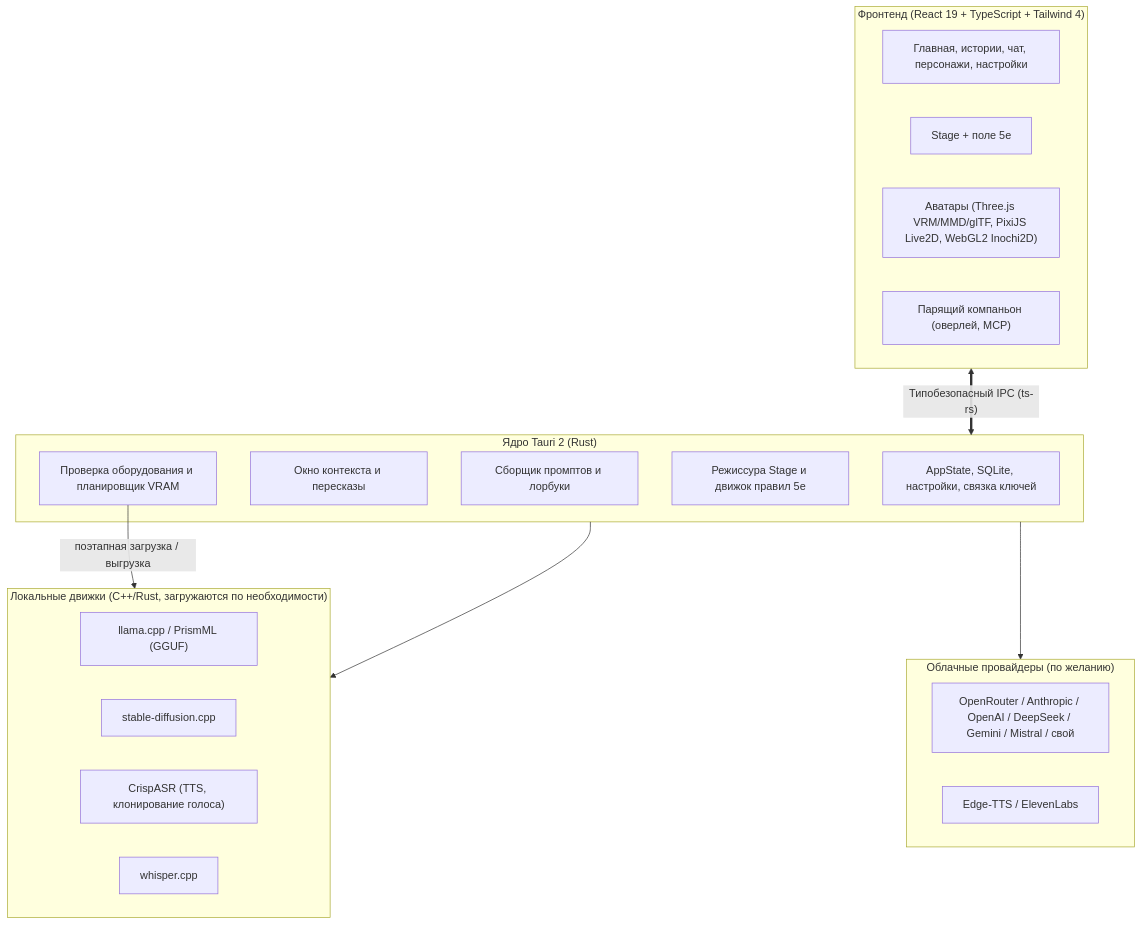
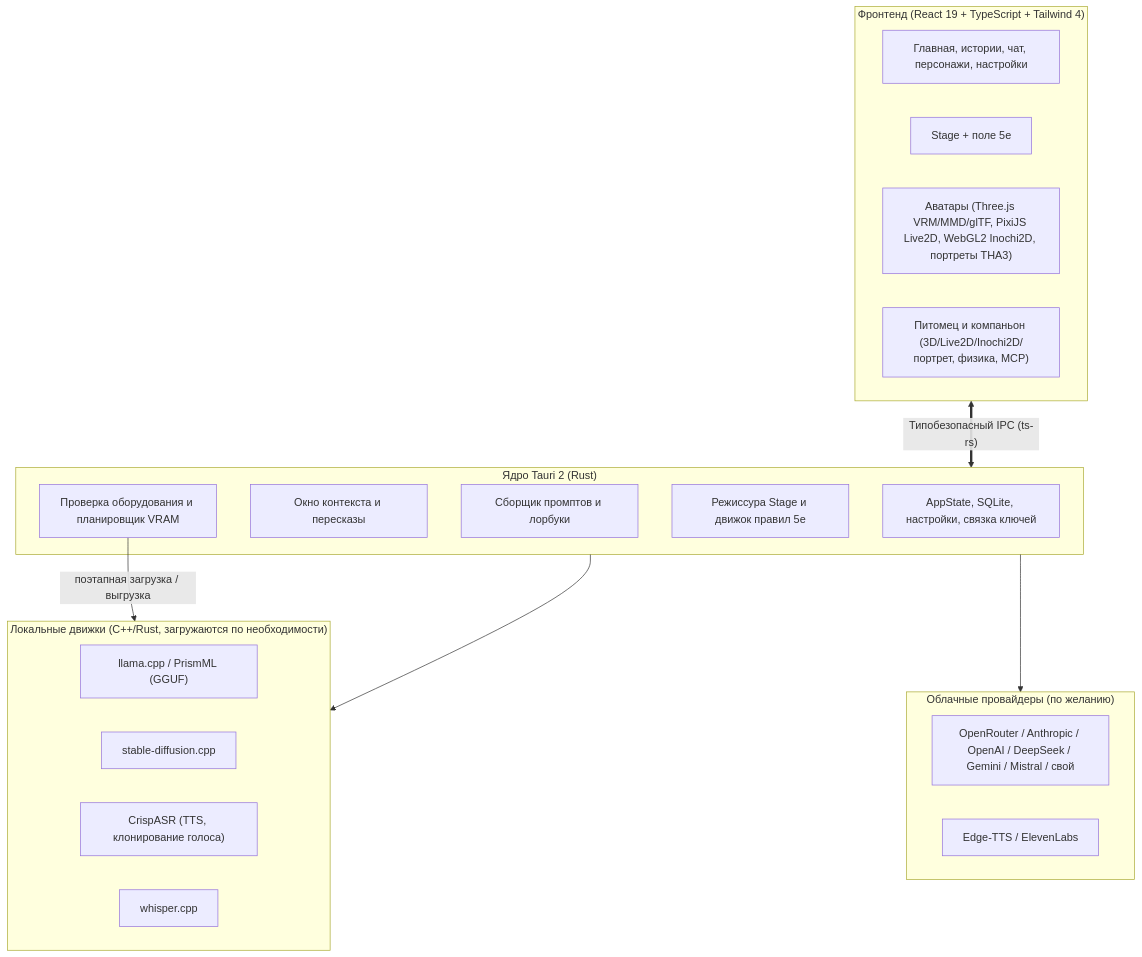
Before and after one commit to SnowwhiteOakheart/OtakuSoul: the first of 2 diagrams in README.ru.md, drawn with Mermaid. The commit also changed other lines of this file and 4 other files, not shown here.

````diff
--- a/README.ru.md
+++ b/README.ru.md
@@ -208,34 +208,34 @@
 ```mermaid
 flowchart TD
     subgraph Frontend["Фронтенд (React 19 + TypeScript + Tailwind 4)"]
         UI["Главная, истории, чат, персонажи, настройки"]
         StageUI["Stage + поле 5e"]
-        AvatarUI["Аватары (Three.js VRM/MMD/glTF, PixiJS Live2D, WebGL2 Inochi2D)"]
-        CompanionUI["Парящий компаньон (оверлей, MCP)"]
+        AvatarUI["Аватары (Three.js VRM/MMD/glTF, PixiJS Live2D, WebGL2 Inochi2D, портреты THA3)"]
+        CompanionUI["Питомец и компаньон (3D/Live2D/Inochi2D/портрет, физика, MCP)"]
     end
 
     subgraph TauriCore["Ядро Tauri 2 (Rust)"]
         State["AppState, SQLite, настройки, связка ключей"]
         ContextMgr["Окно контекста и пересказы"]
         PromptBuilder["Сборщик промптов и лорбуки"]
         Rules["Режиссура Stage и движок правил 5e"]
         HardwareSched["Проверка оборудования и планировщик VRAM"]
     end
 
     subgraph LocalEngines["Локальные движки (C++/Rust, загружаются по необходимости)"]
         Llama["llama.cpp / PrismML (GGUF)"]
         SD["stable-diffusion.cpp"]
         Crisp["CrispASR (TTS, клонирование голоса)"]
         Whisper["whisper.cpp"]
     end
 
     subgraph Cloud["Облачные провайдеры (по желанию)"]
         CloudLLM["OpenRouter / Anthropic / OpenAI / DeepSeek / Gemini / Mistral / свой"]
         CloudTTS["Edge-TTS / ElevenLabs"]
     end
 
     Frontend <==>|"Типобезопасный IPC (ts-rs)"| TauriCore
     HardwareSched -->|"поэтапная загрузка / выгрузка"| LocalEngines
     TauriCore --> LocalEngines
     TauriCore --> Cloud
 ```
````
